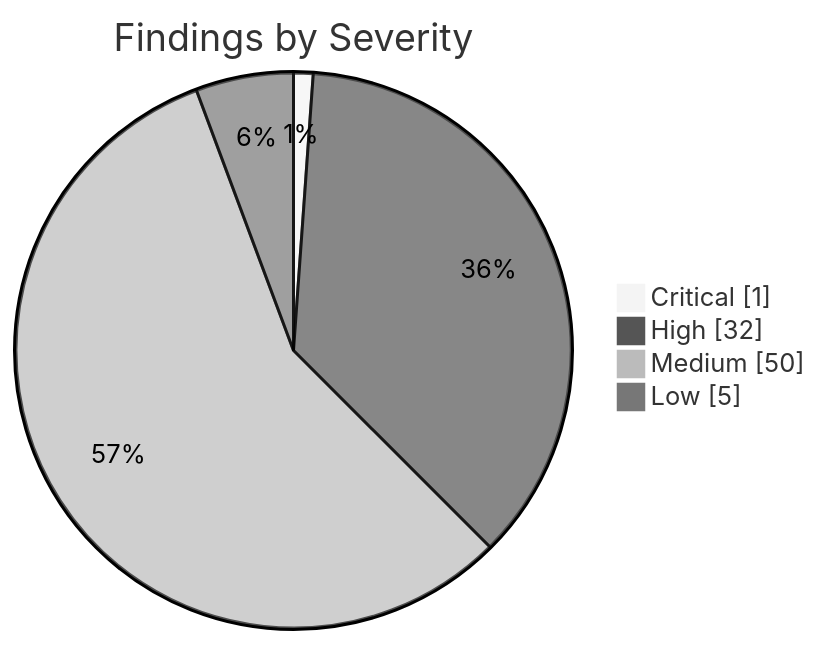
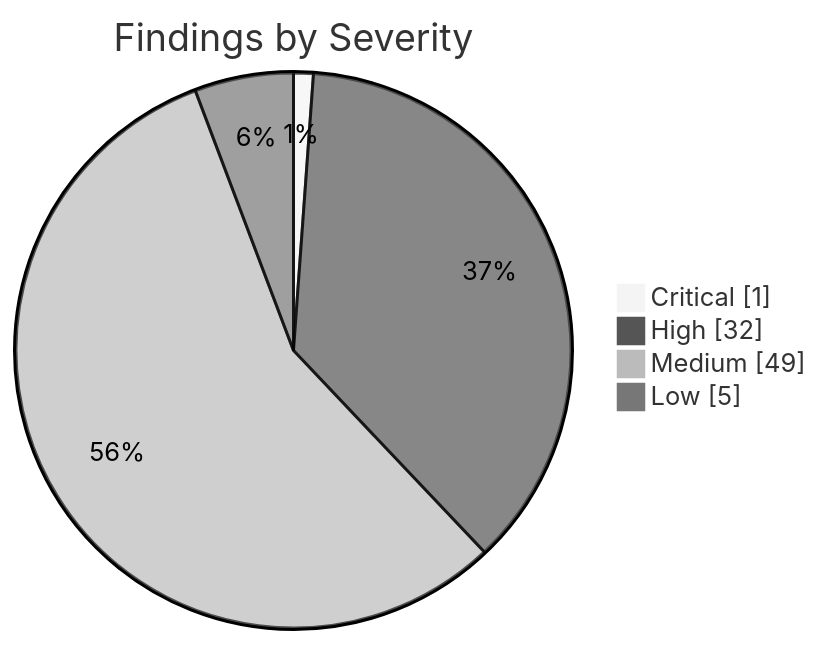
Before and after one commit to KBVE/kbve: the first of 2 diagrams in apps/kbve/astro-kbve/src/content/docs/dashboard/security.mdx, drawn with Mermaid (neutral theme). The commit also changed other lines of this file and 8 other files, not shown here.

````diff
--- a/apps/kbve/astro-kbve/src/content/docs/dashboard/security.mdx
+++ b/apps/kbve/astro-kbve/src/content/docs/dashboard/security.mdx
@@ -62,8 +62,8 @@
 ```mermaid
 pie showData
     title Findings by Severity
     "Critical" : 1
     "High" : 32
-    "Medium" : 50
+    "Medium" : 49
     "Low" : 5
 ```
````
